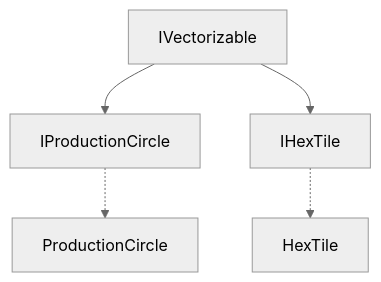
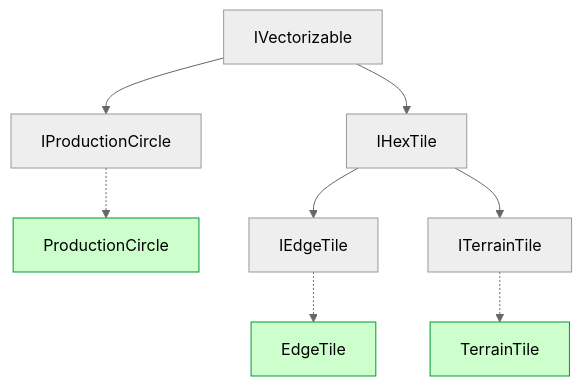
One commit to 3k-dome/catan-engine changed the diagram in README.md. Above: the diagram before and after it, drawn with Mermaid (neutral theme).

````diff
--- a/README.md
+++ b/README.md
@@ -3,7 +3,17 @@
 ```mermaid
 flowchart TD
     IVectorizable --> IProductionCircle
     IProductionCircle -.-> ProductionCircle
+    
     IVectorizable --> IHexTile
-    IHexTile -.-> HexTile
+    
+    IHexTile --> IEdgeTile
+    IEdgeTile -.-> EdgeTile
+
+    IHexTile --> ITerrainTile
+    ITerrainTile -.-> TerrainTile
+   
+    style ProductionCircle fill:#ccffcc, stroke:#009933
+    style EdgeTile fill:#ccffcc, stroke:#009933
+    style TerrainTile fill:#ccffcc, stroke:#009933
 ```
````
